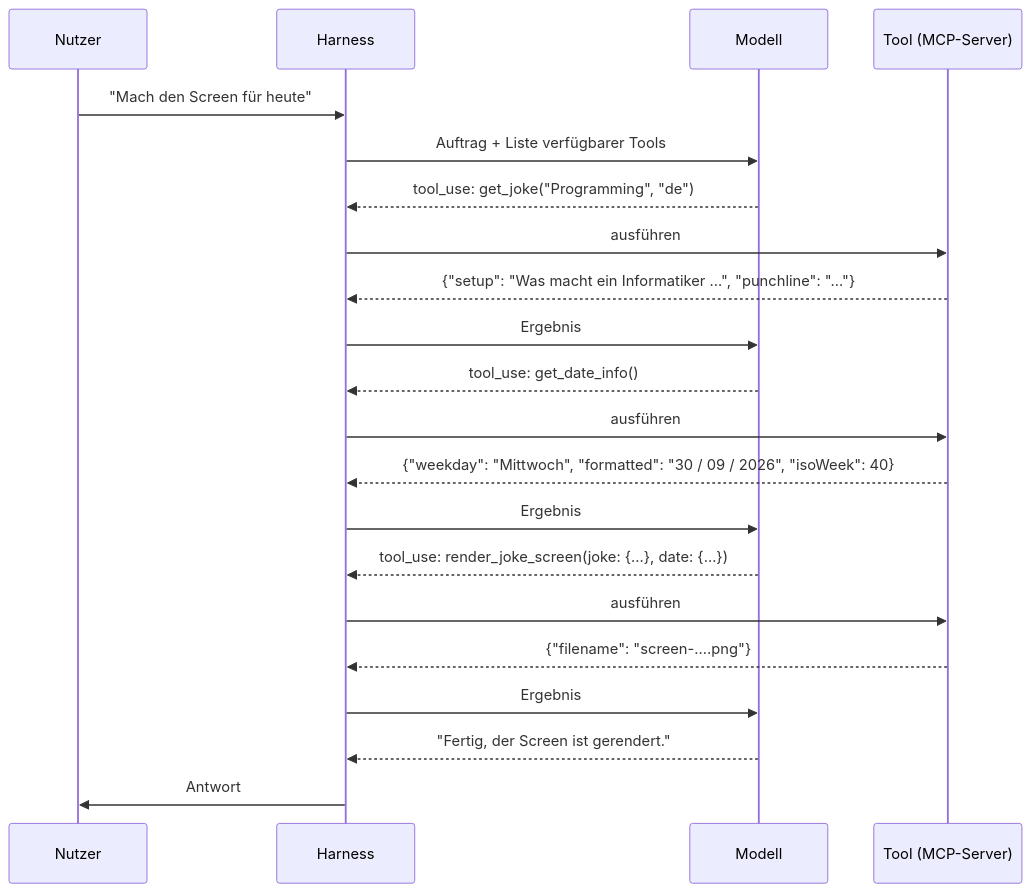
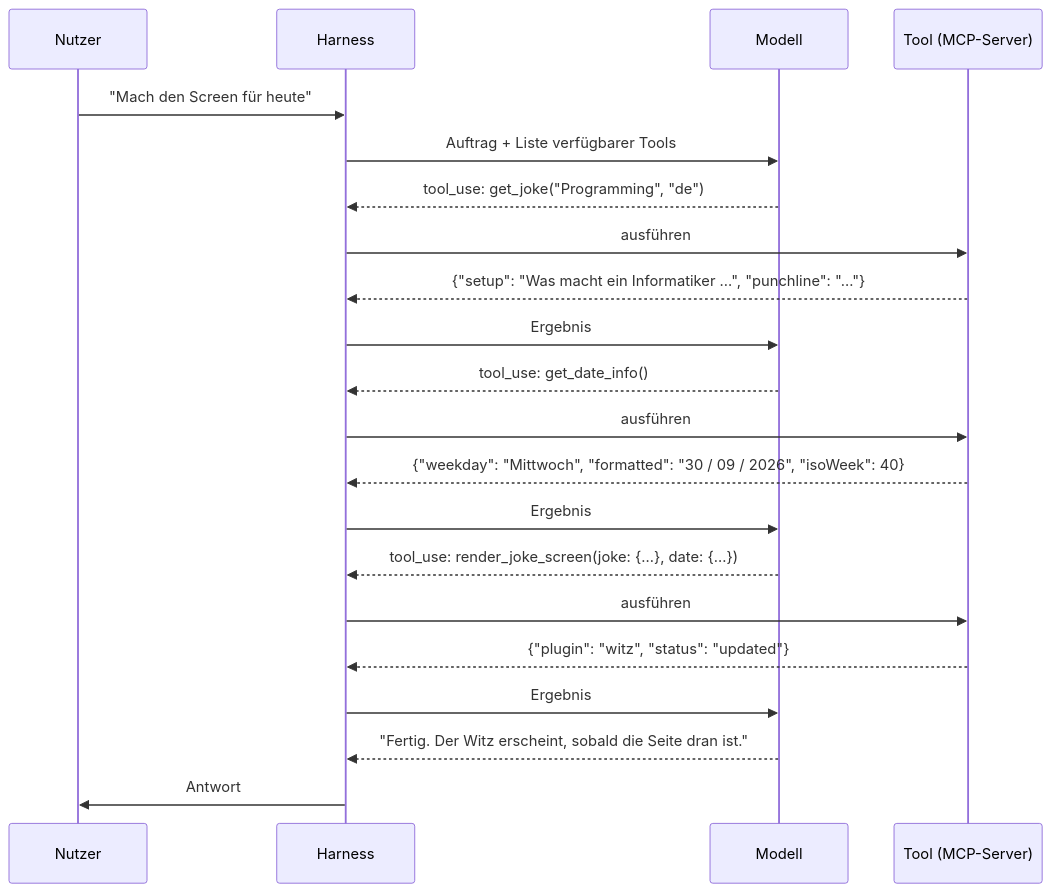
The diagram in docs-guide/01-bausteine.md (Stiriacus/TRMNL-MCP), drawn with Mermaid before and after one commit. The commit also changed 7 other files, not shown here.

````diff
--- a/docs-guide/01-bausteine.md
+++ b/docs-guide/01-bausteine.md
@@ -26,23 +26,23 @@
 ```mermaid
 sequenceDiagram
     participant U as Nutzer
     participant H as Harness
     participant M as Modell
     participant T as Tool (MCP-Server)
     U->>H: "Mach den Screen für heute"
     H->>M: Auftrag + Liste verfügbarer Tools
     M-->>H: tool_use: get_joke("Programming", "de")
     H->>T: ausführen
     T-->>H: {"setup": "Was macht ein Informatiker …", "punchline": "…"}
     H->>M: Ergebnis
     M-->>H: tool_use: get_date_info()
     H->>T: ausführen
     T-->>H: {"weekday": "Mittwoch", "formatted": "30 / 09 / 2026", "isoWeek": 40}
     H->>M: Ergebnis
     M-->>H: tool_use: render_joke_screen(joke: {…}, date: {…})
     H->>T: ausführen
-    T-->>H: {"filename": "screen-….png"}
+    T-->>H: {"plugin": "witz", "status": "updated"}
     H->>M: Ergebnis
-    M-->>H: "Fertig, der Screen ist gerendert."
+    M-->>H: "Fertig. Der Witz erscheint, sobald die Seite dran ist."
     H->>U: Antwort
 ```
````
